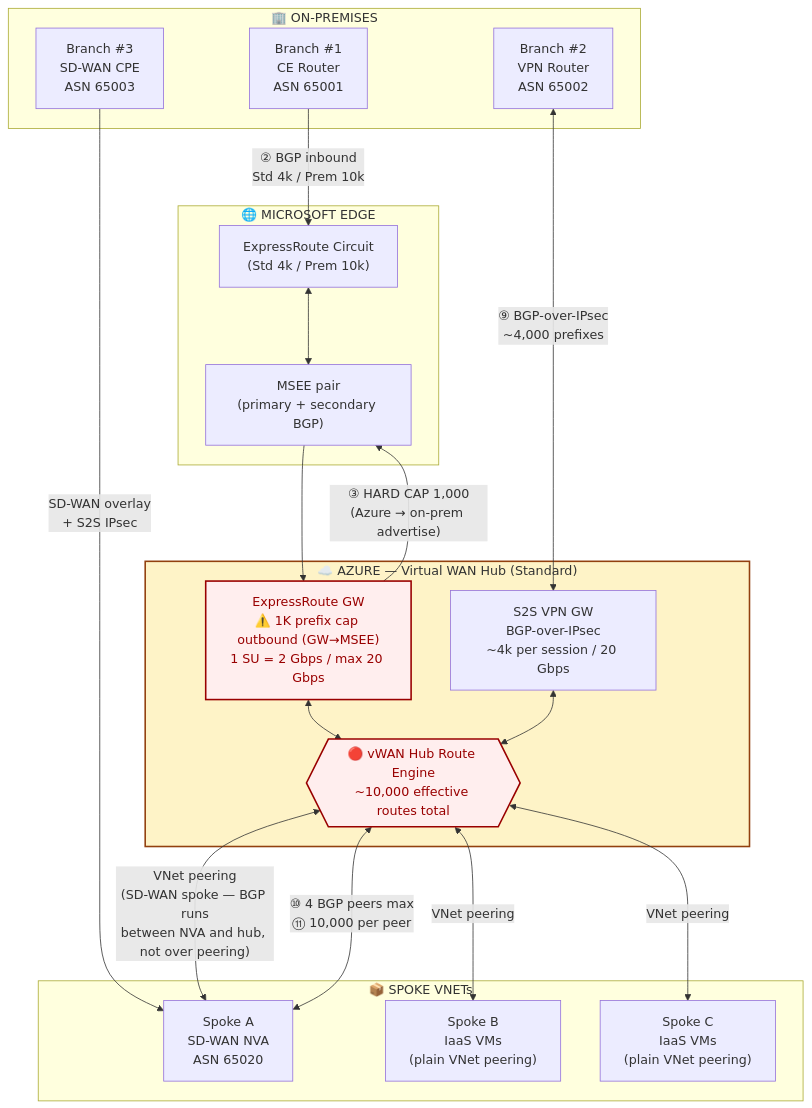
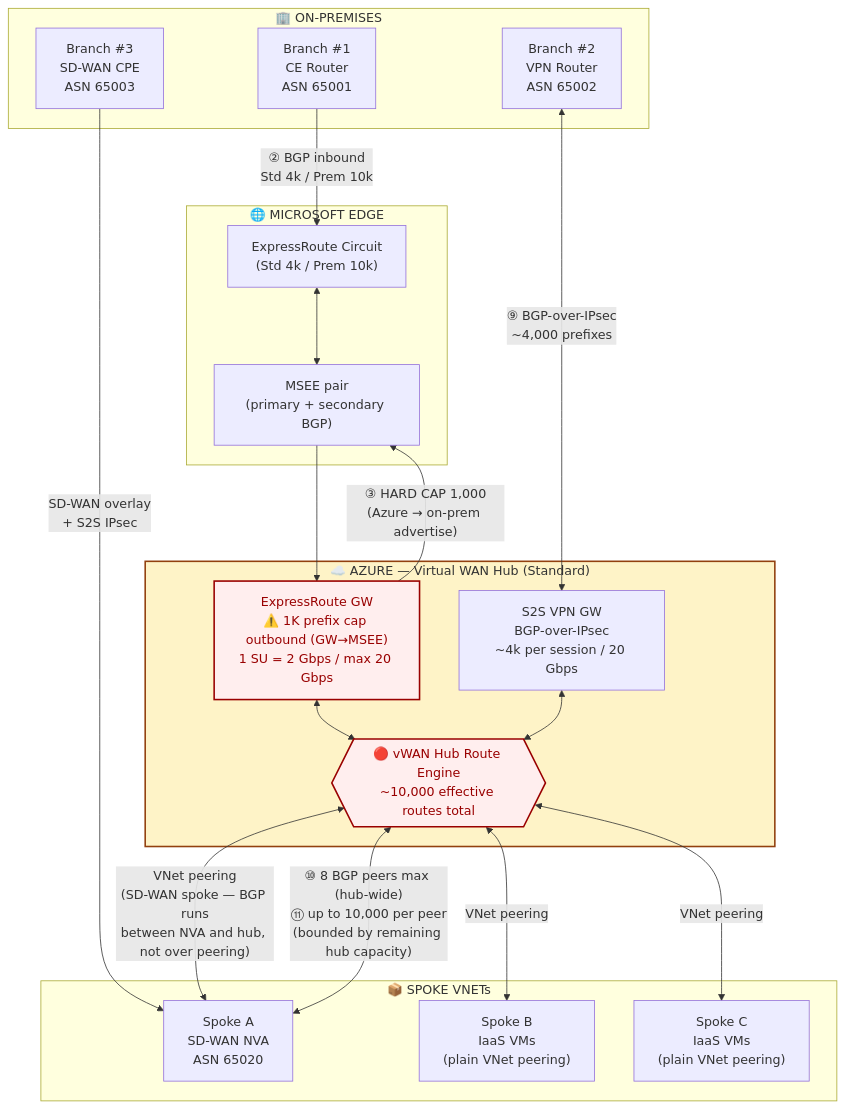
The first of 3 diagrams in README.md (adtork/vwan-routing-limits), drawn with Mermaid before and after one commit. The commit also changed other lines of this file, not shown here.

Commit message:
Correct NVA BGP peer limit: 8 max per hub (not 4); clarify per-peer capacity is bounded by remaining hub headroom

````diff
--- a/README.md
+++ b/README.md
@@ -21,46 +21,46 @@
 ```mermaid
 flowchart TB
     subgraph OnPrem["🏢 ON-PREMISES"]
         B1["Branch #1<br/>CE Router<br/>ASN 65001"]
         B2["Branch #2<br/>VPN Router<br/>ASN 65002"]
         B3["Branch #3<br/>SD-WAN CPE<br/>ASN 65003"]
     end
 
     subgraph Edge["🌐 MICROSOFT EDGE"]
         ERC["ExpressRoute Circuit<br/>(Std 4k / Prem 10k)"]
         MSEE["MSEE pair<br/>(primary + secondary BGP)"]
     end
 
     subgraph Hub["☁️ AZURE — Virtual WAN Hub (Standard)"]
         ERGW["ExpressRoute GW<br/>⚠️ 1K prefix cap outbound (GW→MSEE)<br/>1 SU = 2 Gbps / max 20 Gbps"]
         VPNGW["S2S VPN GW<br/>BGP-over-IPsec<br/>~4k per session / 20 Gbps"]
         ENGINE{{"🔴 vWAN Hub Route Engine<br/>~10,000 effective routes total"}}
     end
 
     subgraph Spokes["📦 SPOKE VNETs"]
         SA["Spoke A<br/>SD-WAN NVA<br/>ASN 65020"]
         SB["Spoke B<br/>IaaS VMs<br/>(plain VNet peering)"]
         SC["Spoke C<br/>IaaS VMs<br/>(plain VNet peering)"]
     end
 
     B1 -->|"② BGP inbound<br/>Std 4k / Prem 10k"| ERC
     ERC <--> MSEE
     MSEE --> ERGW
     ERGW -->|"③ HARD CAP 1,000<br/>(Azure → on-prem advertise)"| MSEE
     ERGW <--> ENGINE
 
     B2 <-->|"⑨ BGP-over-IPsec<br/>~4,000 prefixes"| VPNGW
     VPNGW <--> ENGINE
 
     B3 -->|"SD-WAN overlay<br/>+ S2S IPsec"| SA
-    SA <-->|"⑩ 4 BGP peers max<br/>⑪ 10,000 per peer"| ENGINE
+    SA <-->|"⑩ 8 BGP peers max (hub-wide)<br/>⑪ up to 10,000 per peer<br/>(bounded by remaining hub capacity)"| ENGINE
 
     ENGINE <-->|"VNet peering"| SB
     ENGINE <-->|"VNet peering"| SC
     ENGINE <-->|"VNet peering<br/>(SD-WAN spoke — BGP runs<br/>between NVA and hub, not over peering)"| SA
 
     classDef cap fill:#fee,stroke:#900,stroke-width:2px,color:#900
     classDef hub fill:#fef3c7,stroke:#92400e,stroke-width:2px
     class ENGINE,ERGW cap
     class Hub hub
 ```
````
